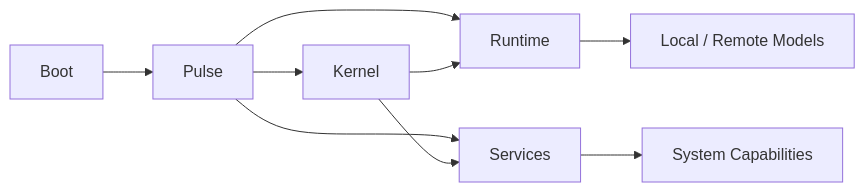
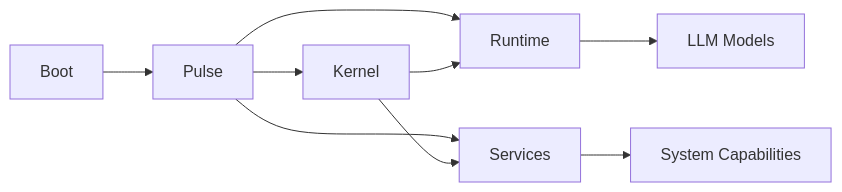
One commit to PauWol/ARC-V2 changed the diagram in README.md. Above: the diagram before and after it, drawn with Mermaid. The commit also changed other lines of this file, not shown here.

````diff
--- a/README.md
+++ b/README.md
@@ -33,13 +32,13 @@
 ```mermaid
 flowchart LR
-    A[Boot] --> B[Pulse]
-    B --> C[Kernel]
-    B --> D[Runtime]
-    B --> E[Services]
+    Boot --> Pulse
+    Pulse --> Kernel
+    Pulse --> Runtime
+    Pulse --> Services
 
-    C --> D
-    C --> E
+    Kernel --> Runtime
+    Kernel --> Services
 
-    D --> F[Local / Remote Models]
-    E --> G[System Capabilities]
+    Runtime --> Models[LLM Models]
+    Services --> Capabilities[System Capabilities]
 ```
````
